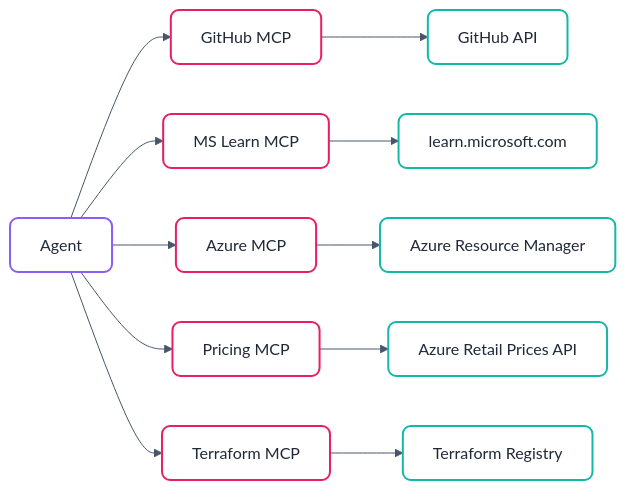
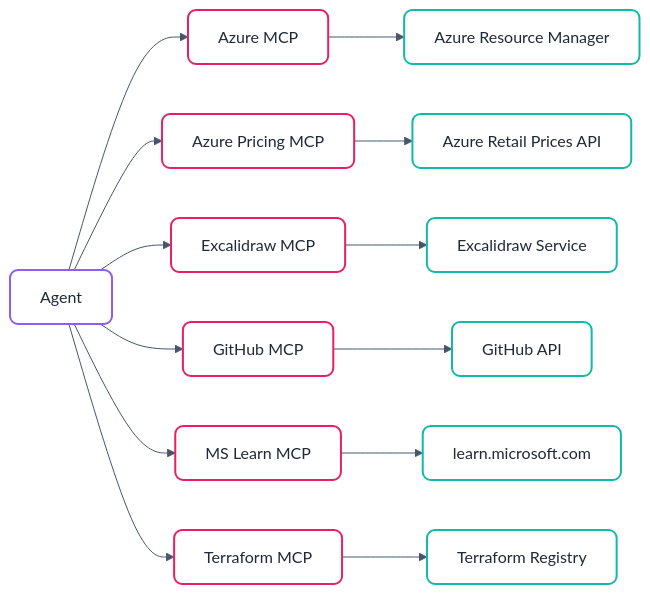
Before and after one commit to jonathan-vella/apex: the diagram in docs/how-it-works/mcp-integration.md, drawn with Mermaid. The commit also changed other lines of this file and 935 other files, not shown here.

Commit message:
feat(diagrams): migrate drawio workflow to excalidraw

````diff
--- a/docs/how-it-works/mcp-integration.md
+++ b/docs/how-it-works/mcp-integration.md
@@ -22,34 +24,36 @@
 ```mermaid
 %%{
   init: {
     'theme': 'base',
     'themeVariables': {
       'primaryColor': '#ffffff',
       'primaryTextColor': '#333333',
       'primaryBorderColor': '#14b8a6',
       'lineColor': '#475569',
       'fontFamily': 'ui-sans-serif, system-ui, -apple-system, sans-serif'
     },
     'flowchart': {
       'curve': 'basis',
       'nodeSpacing': 50,
       'rankSpacing': 50
     }
   }
 }%%
 flowchart LR
     classDef default fill:#ffffff,stroke:#14b8a6,stroke-width:2px,color:#1f2937,rx:8px,ry:8px;
     classDef agent fill:#ffffff,stroke:#8b5cf6,stroke-width:2px,color:#1f2937,rx:8px,ry:8px;
     classDef mcp fill:#ffffff,stroke:#e91e63,stroke-width:2px,color:#1f2937,rx:8px,ry:8px;
 
-    A["Agent"]:::agent --> M1["GitHub MCP"]:::mcp
-    A --> M2["MS Learn MCP"]:::mcp
-    A --> M3["Azure MCP"]:::mcp
-    A --> M4["Pricing MCP"]:::mcp
-    A --> M5["Terraform MCP"]:::mcp
-    M1 --> G["GitHub API"]
-    M2 --> L["learn.microsoft.com"]
-    M3 --> AZ["Azure Resource Manager"]
-    M4 --> P["Azure Retail Prices API"]
-    M5 --> T["Terraform Registry"]
+  A["Agent"]:::agent --> M1["Azure MCP"]:::mcp
+  A --> M2["Azure Pricing MCP"]:::mcp
+  A --> M3["Excalidraw MCP"]:::mcp
+  A --> M4["GitHub MCP"]:::mcp
+  A --> M5["MS Learn MCP"]:::mcp
+  A --> M6["Terraform MCP"]:::mcp
+  M1 --> AZ["Azure Resource Manager"]
+  M2 --> P["Azure Retail Prices API"]
+  M3 --> E["Excalidraw Service"]
+  M4 --> G["GitHub API"]
+  M5 --> L["learn.microsoft.com"]
+  M6 --> T["Terraform Registry"]
 ```
````
